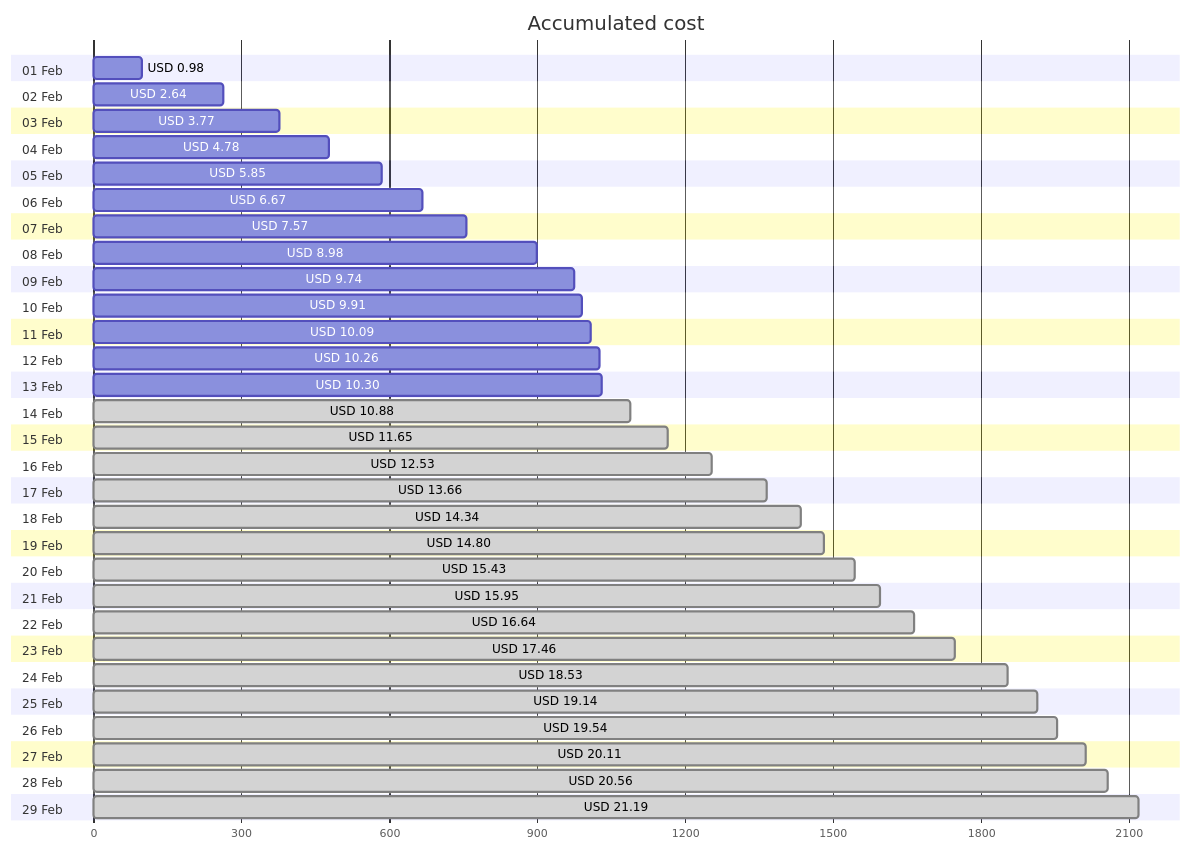
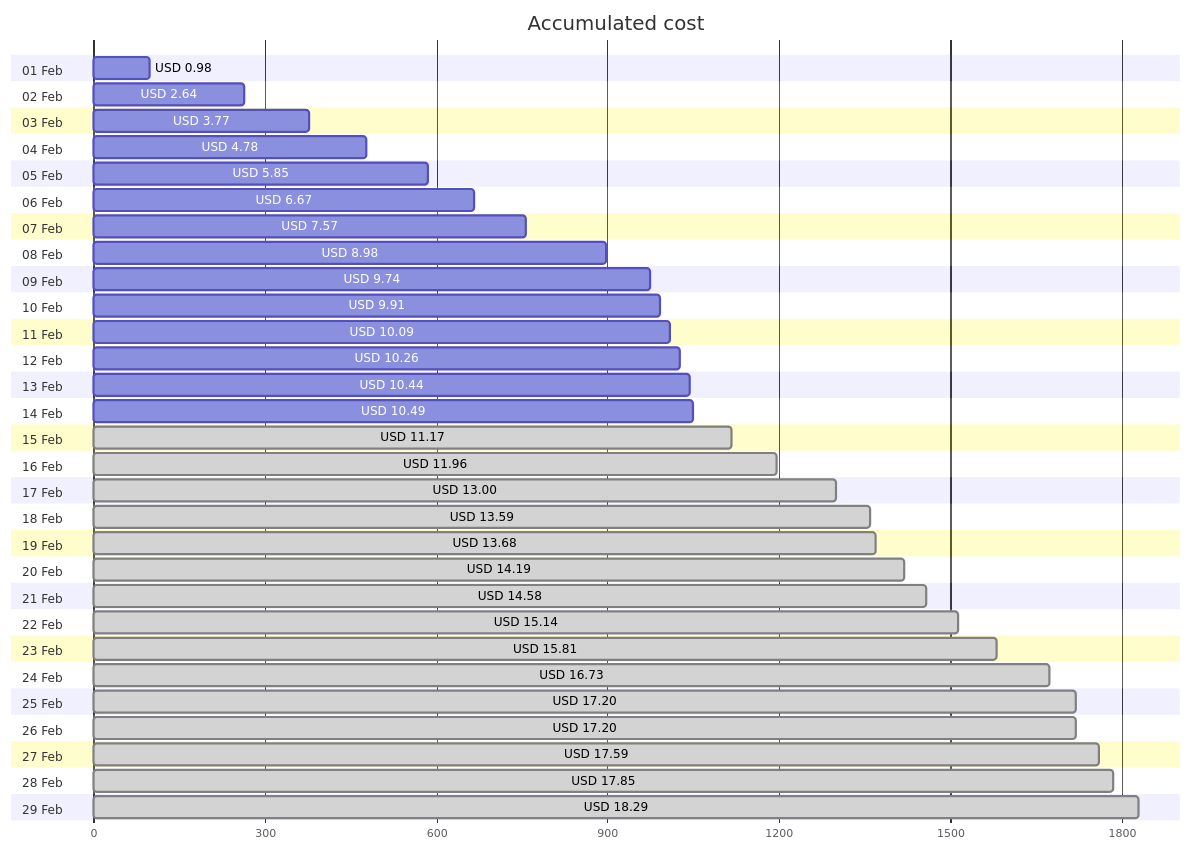
Before and after one commit to jpfulton/azure-personal-reports: the first of 4 diagrams in cost-reports/personal-network/vpn-server.md, drawn with Mermaid. The commit also changed other lines of this file and 8 other files, not shown here.

````diff
--- a/cost-reports/personal-network/vpn-server.md
+++ b/cost-reports/personal-network/vpn-server.md
@@ -20,64 +20,64 @@
 ```mermaid
 gantt
    title Accumulated cost
    dateFormat  X
    axisFormat %s
    section 01 Feb
    USD 0.98 :0, 98
    section 02 Feb
    USD 2.64 :0, 264
    section 03 Feb
    USD 3.77 :0, 377
    section 04 Feb
    USD 4.78 :0, 478
    section 05 Feb
    USD 5.85 :0, 585
    section 06 Feb
    USD 6.67 :0, 667
    section 07 Feb
    USD 7.57 :0, 757
    section 08 Feb
    USD 8.98 :0, 898
    section 09 Feb
    USD 9.74 :0, 974
    section 10 Feb
    USD 9.91 :0, 991
    section 11 Feb
    USD 10.09 :0, 1009
    section 12 Feb
    USD 10.26 :0, 1026
    section 13 Feb
-   USD 10.30 :0, 1030
+   USD 10.44 :0, 1044
    section 14 Feb
-   USD 10.88 : done, 0, 1088
+   USD 10.49 :0, 1049
    section 15 Feb
-   USD 11.65 : done, 0, 1165
+   USD 11.17 : done, 0, 1117
    section 16 Feb
-   USD 12.53 : done, 0, 1253
+   USD 11.96 : done, 0, 1196
    section 17 Feb
-   USD 13.66 : done, 0, 1366
+   USD 13.00 : done, 0, 1300
    section 18 Feb
-   USD 14.34 : done, 0, 1434
+   USD 13.59 : done, 0, 1359
    section 19 Feb
-   USD 14.80 : done, 0, 1480
+   USD 13.68 : done, 0, 1368
    section 20 Feb
-   USD 15.43 : done, 0, 1543
+   USD 14.19 : done, 0, 1419
    section 21 Feb
-   USD 15.95 : done, 0, 1595
+   USD 14.58 : done, 0, 1458
    section 22 Feb
-   USD 16.64 : done, 0, 1664
+   USD 15.14 : done, 0, 1514
    section 23 Feb
-   USD 17.46 : done, 0, 1746
+   USD 15.81 : done, 0, 1581
    section 24 Feb
-   USD 18.53 : done, 0, 1853
+   USD 16.73 : done, 0, 1673
    section 25 Feb
-   USD 19.14 : done, 0, 1914
+   USD 17.20 : done, 0, 1720
    section 26 Feb
-   USD 19.54 : done, 0, 1954
+   USD 17.20 : done, 0, 1720
    section 27 Feb
-   USD 20.11 : done, 0, 2011
+   USD 17.59 : done, 0, 1759
    section 28 Feb
-   USD 20.56 : done, 0, 2056
+   USD 17.85 : done, 0, 1785
    section 29 Feb
-   USD 21.19 : done, 0, 2119
+   USD 18.29 : done, 0, 1829
 ```
````
